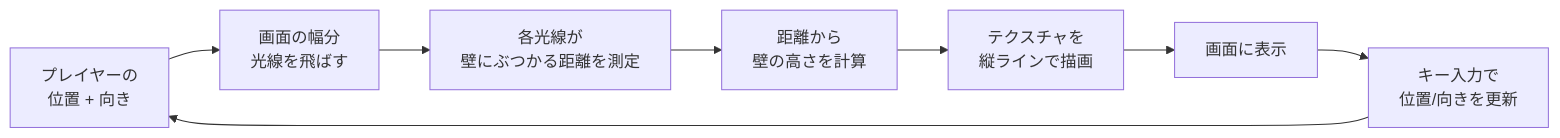
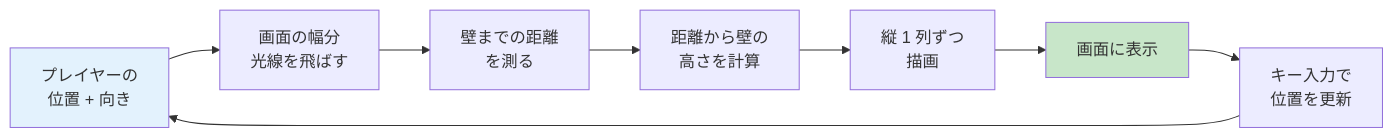
One commit to Tsunanko/cub3d-guide changed the second of 4 diagrams in docs/03-raycasting.md. Above: the diagram before and after it, drawn with Mermaid. The commit also changed other lines of this file and 11 other files, not shown here.

````diff
--- a/docs/03-raycasting.md
+++ b/docs/03-raycasting.md
@@ -18,10 +48,13 @@
 ```mermaid
 flowchart LR
     A[プレイヤーの<br>位置 + 向き] --> B[画面の幅分<br>光線を飛ばす]
-    B --> C[各光線が<br>壁にぶつかる距離を測定]
-    C --> D[距離から<br>壁の高さを計算]
-    D --> E[テクスチャを<br>縦ラインで描画]
+    B --> C[壁までの距離<br>を測る]
+    C --> D[距離から壁の<br>高さを計算]
+    D --> E[縦 1 列ずつ<br>描画]
     E --> F[画面に表示]
-    F --> G[キー入力で<br>位置/向きを更新]
+    F --> G[キー入力で<br>位置を更新]
     G --> A
+
+    style A fill:#E3F2FD
+    style F fill:#C8E6C9
 ```
````
